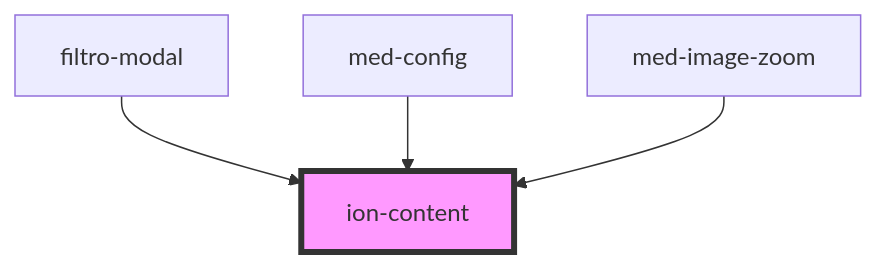
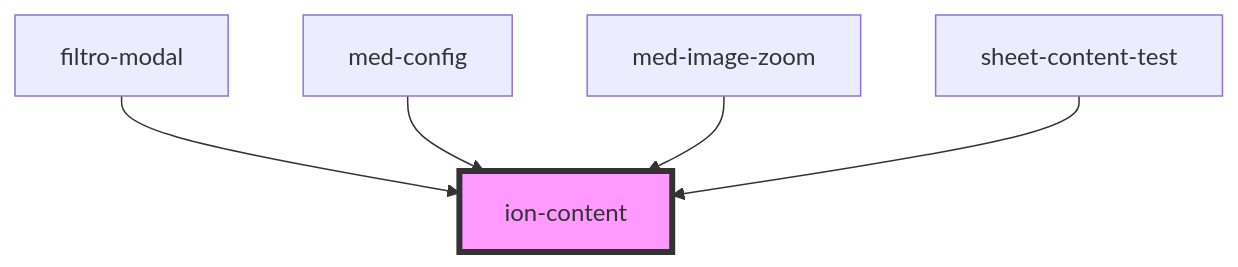
The diagram in core/src/components/content/readme.md (MEDGRUPOGIT/ionic-framework-1), drawn with Mermaid before and after one commit. The commit also changed other lines of this file and 70 other files, not shown here.

````diff
--- a/core/src/components/content/readme.md
+++ b/core/src/components/content/readme.md
@@ -270,7 +271,8 @@
 ```mermaid
 graph TD;
   filtro-modal --> ion-content
   med-config --> ion-content
   med-image-zoom --> ion-content
+  sheet-content-test --> ion-content
   style ion-content fill:#f9f,stroke:#333,stroke-width:4px
 ```
````
